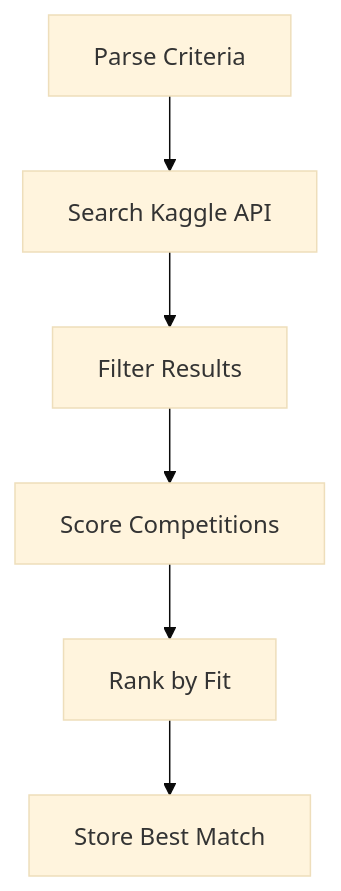
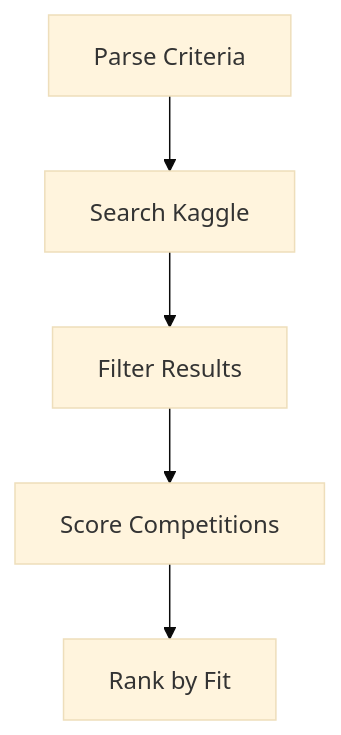
The diagram in backend/docs/agents/lobbyist.md (mikewcasale/agent-k), drawn with Mermaid (base theme) before and after one commit. The commit also changed other lines of this file and 22 other files, not shown here.

````diff
--- a/backend/docs/agents/lobbyist.md
+++ b/backend/docs/agents/lobbyist.md
@@ -61,8 +54,7 @@
 ```mermaid
 graph TD
-    A[Parse Criteria] --> B[Search Kaggle API]
+    A[Parse Criteria] --> B[Search Kaggle]
     B --> C[Filter Results]
     C --> D[Score Competitions]
     D --> E[Rank by Fit]
-    E --> F[Store Best Match]
 ```
````
